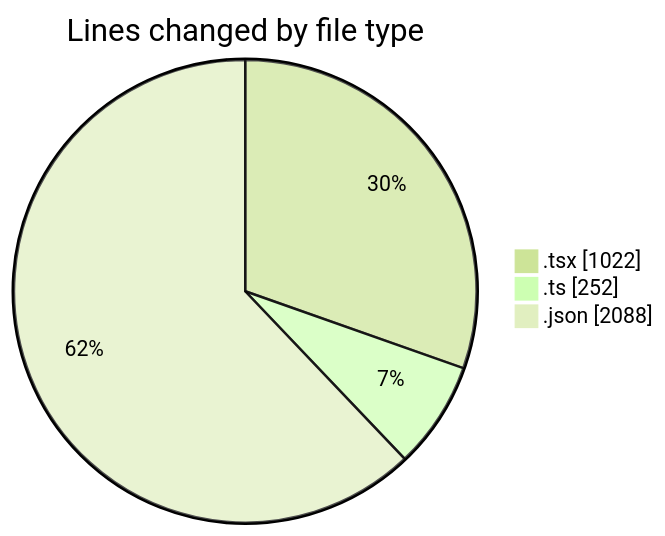
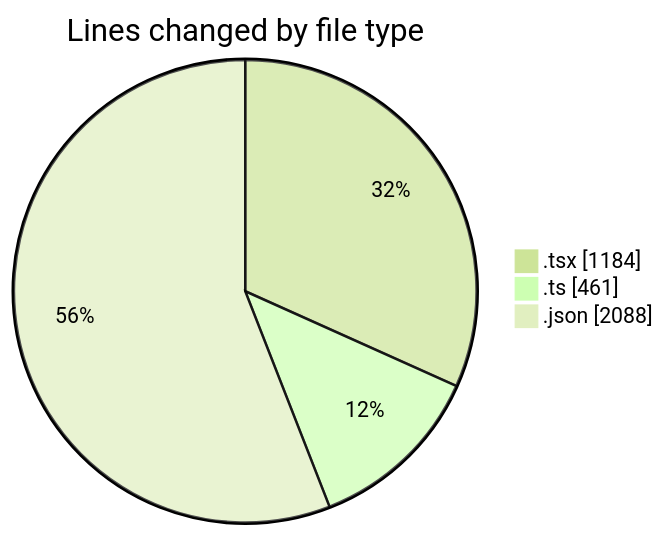
Before and after one commit to julien-gomy/code-tracking: the first of 2 diagrams in 2025-10-31/eventscop-frontend-guide__workspace_/README.md, drawn with Mermaid (forest theme). The commit also changed other lines of this file and 1 other file, not shown here.

````diff
--- a/2025-10-31/eventscop-frontend-guide__workspace_/README.md
+++ b/2025-10-31/eventscop-frontend-guide__workspace_/README.md
@@ -28,7 +30,7 @@
 ```mermaid
 pie showData
 title Lines changed by file type
-".tsx" : 1022
-".ts" : 252
+".tsx" : 1184
+".ts" : 461
 ".json" : 2088
 ```
````
